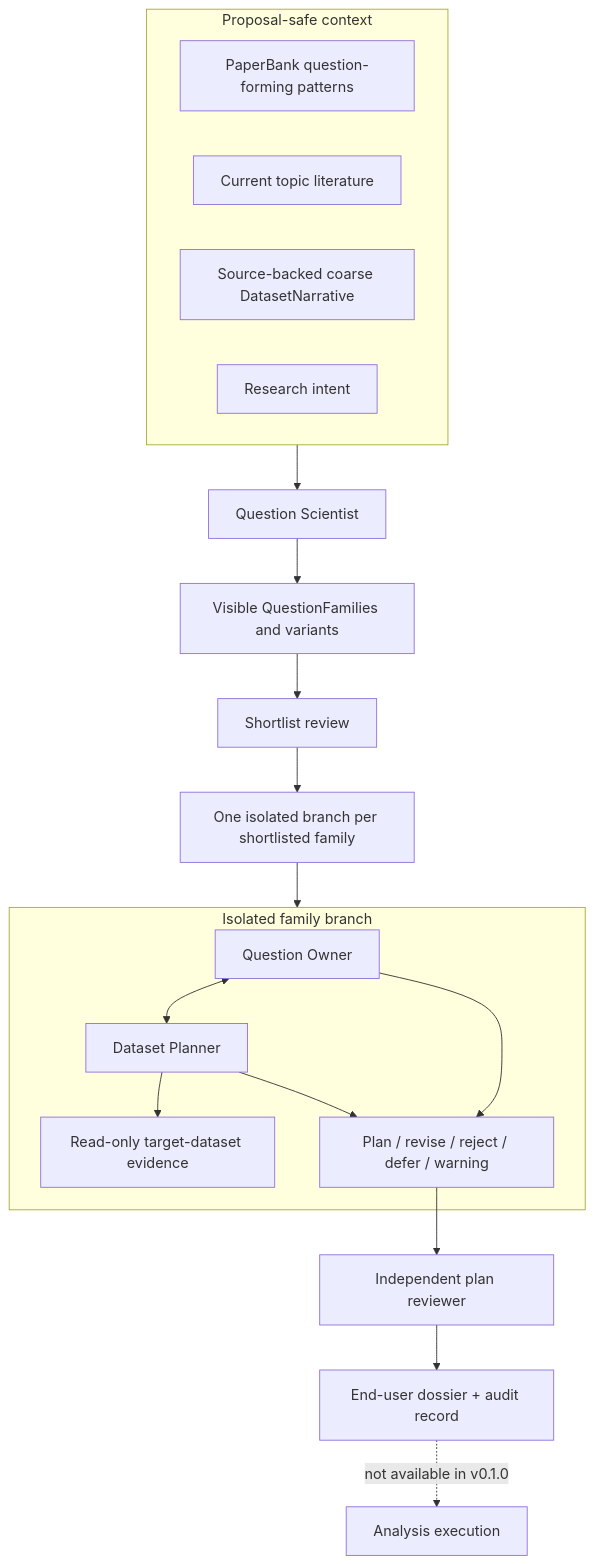
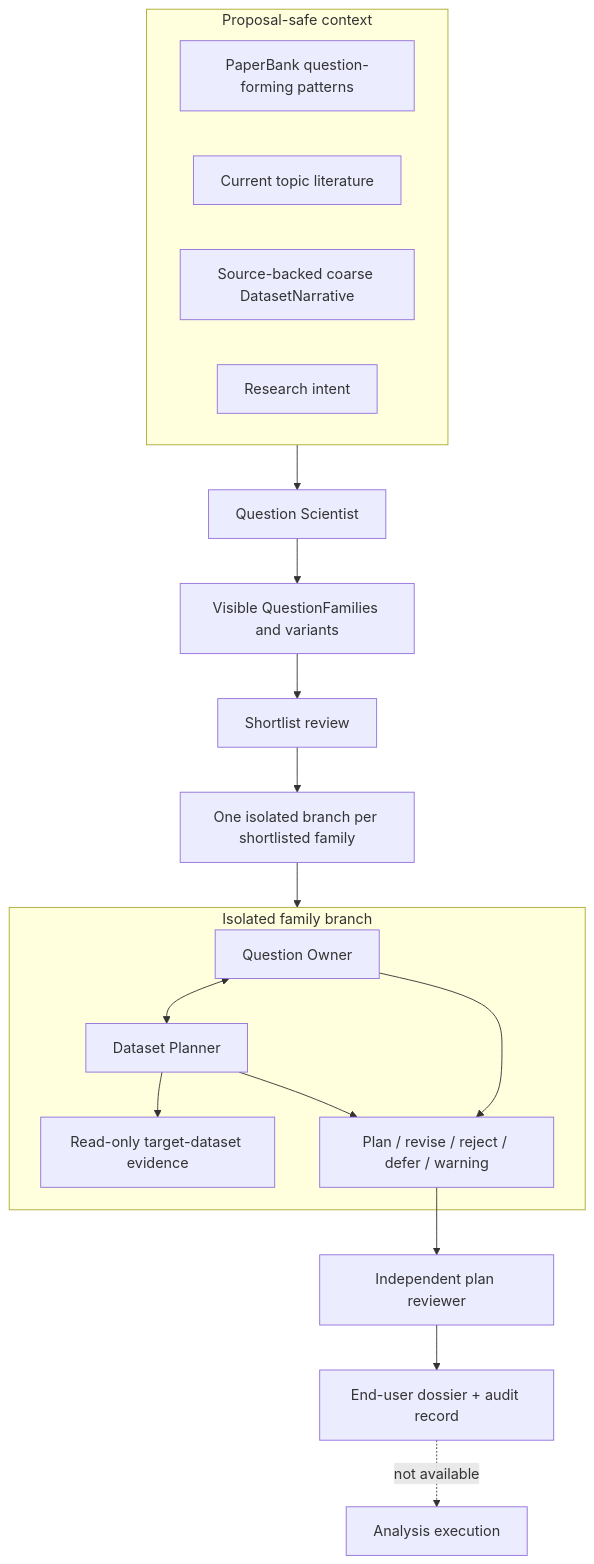
Before and after one commit to BeibaiDraco/maieusis: the diagram in docs/ARCHITECTURE.md, drawn with Mermaid. The commit also changed other lines of this file and 328 other files, not shown here.

````diff
--- a/docs/ARCHITECTURE.md
+++ b/docs/ARCHITECTURE.md
@@ -11,23 +11,23 @@
 ```mermaid
 flowchart TB
     subgraph Proposal["Proposal-safe context"]
       PB["PaperBank question-forming patterns"]
       TL["Current topic literature"]
       DN["Source-backed coarse DatasetNarrative"]
       RI["Research intent"]
     end
     Proposal --> QS["Question Scientist"]
     QS --> VF["Visible QuestionFamilies and variants"]
     VF --> S["Shortlist review"]
     S --> B["One isolated branch per shortlisted family"]
     subgraph Branch["Isolated family branch"]
       O["Question Owner"] <--> P["Dataset Planner"]
       P --> E["Read-only target-dataset evidence"]
       O --> C["Plan / revise / reject / defer / warning"]
       P --> C
     end
     B --> Branch
     C --> IR["Independent plan reviewer"]
     IR --> D["End-user dossier + audit record"]
-    D -. "not available in v0.1.0" .-> X["Analysis execution"]
+    D -. "not available" .-> X["Analysis execution"]
 ```
````
